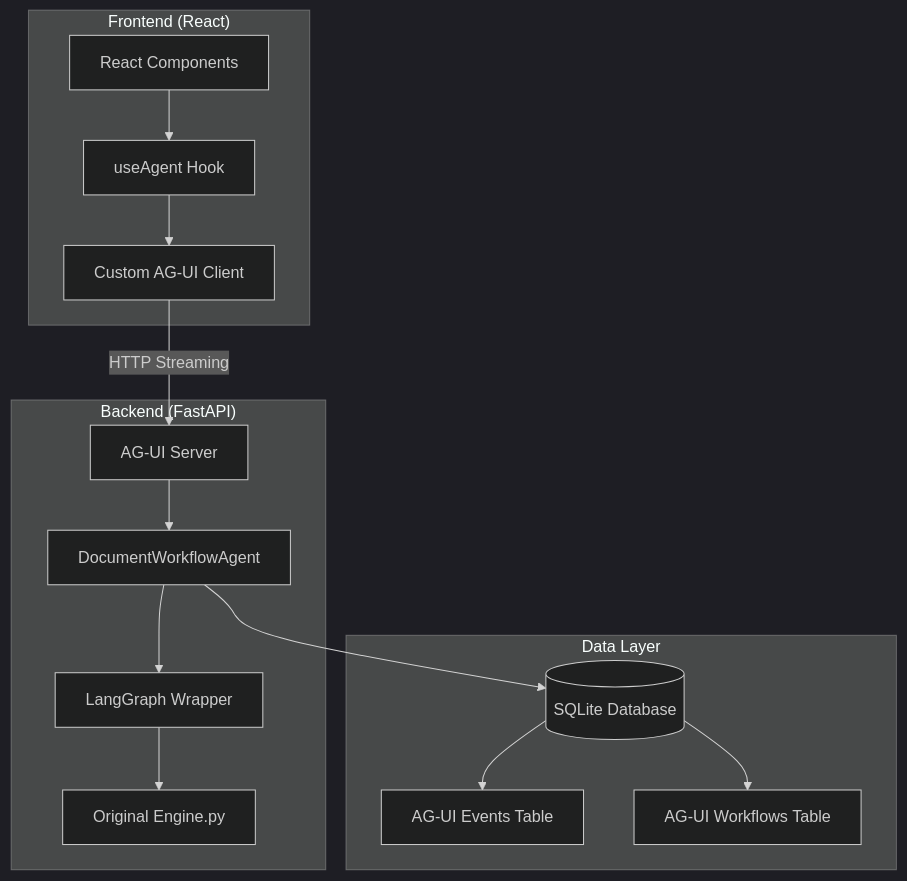
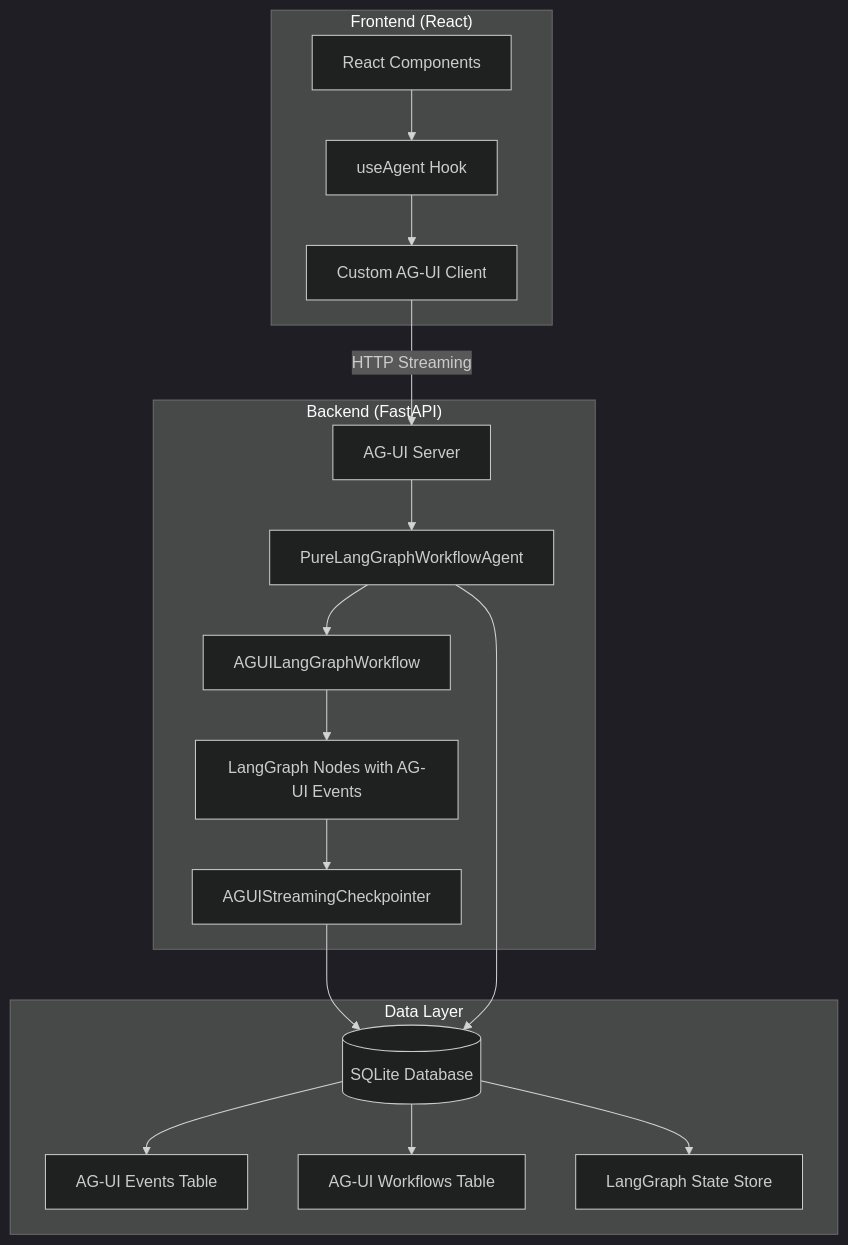
The first of 2 diagrams in AG-UI_TECHNICAL_ARCHITECTURE.md (cimulink/ai-workflow-engine), drawn with Mermaid (dark theme) before and after one commit. The commit also changed other lines of this file and 5 other files, not shown here.

Commit message:
changes to make it purely run with lang graph

````diff
--- a/AG-UI_TECHNICAL_ARCHITECTURE.md
+++ b/AG-UI_TECHNICAL_ARCHITECTURE.md
@@ -12,31 +13,36 @@
 ```mermaid
 graph TB
     subgraph "Frontend (React)"
         UI[React Components]
         CLIENT[Custom AG-UI Client]
         HOOKS[useAgent Hook]
     end
     
     subgraph "Backend (FastAPI)"
         API[AG-UI Server]
-        AGENT[DocumentWorkflowAgent]
-        WRAPPER[LangGraph Wrapper]
-        LEGACY[Original Engine.py]
+        AGENT[PureLangGraphWorkflowAgent]
+        LANGGRAPH[AGUILangGraphWorkflow]
+        NODES[LangGraph Nodes with AG-UI Events]
+        CHECKPOINTER[AGUIStreamingCheckpointer]
     end
     
     subgraph "Data Layer"
         DB[(SQLite Database)]
         EVENTS[AG-UI Events Table]
         WORKFLOWS[AG-UI Workflows Table]
+        LGSTATE[LangGraph State Store]
     end
     
     UI --> HOOKS
     HOOKS --> CLIENT
     CLIENT -->|HTTP Streaming| API
     API --> AGENT
-    AGENT --> WRAPPER
-    WRAPPER --> LEGACY
+    AGENT --> LANGGRAPH
+    LANGGRAPH --> NODES
+    NODES --> CHECKPOINTER
+    CHECKPOINTER --> DB
     AGENT --> DB
     DB --> EVENTS
     DB --> WORKFLOWS
+    DB --> LGSTATE
 ```
````
